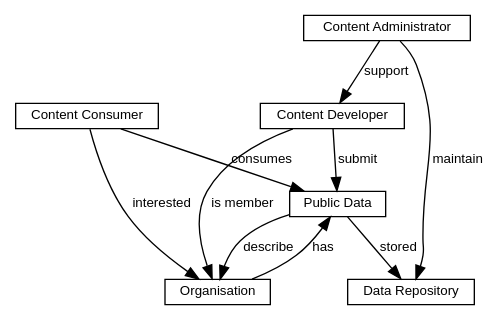
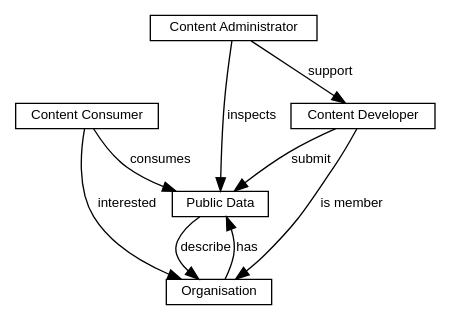
Before and after one commit to istlab/web: the diagram in doc/paper/conc-model.dot, drawn with Graphviz. The commit also changed 2 other files, not shown here.

```diff
--- a/doc/paper/conc-model.dot
+++ b/doc/paper/conc-model.dot
@@ -1,25 +1,23 @@
 #!/usr/bin/dot
 # $Id$
 
 digraph G{
 	//nodesep=.1;
 	node [height=.15,shape=box,fontname="Helvetica",fontsize=10];
 	edge [arrowhead=normal,arrowtail=none,fontname="Helvetica",fontsize=10];
 	
 	content_provider [label="Content Developer"];
 	public_data [label="Public Data"];
 	system_administrator [label="Content Administrator"];
-	repository [label="Data Repository"];
 	end_user [label="Content Consumer"];
 	organisation [label="Organisation"];
 	
 	content_provider->public_data [label="submit"];
 	system_administrator->content_provider [label="support"];
-	system_administrator->repository [label="maintain"];
 	content_provider->organisation [label="is member"];
 	public_data->organisation [label="describe"];
 	end_user->organisation [label="interested"];
-	public_data->repository [label="stored"];
+	organisation->public_data [label="has"];
 	end_user->public_data [label="consumes"];
-	organisation->public_data [label="has"];
+	system_administrator->public_data [label="inspects"];
 }
```
